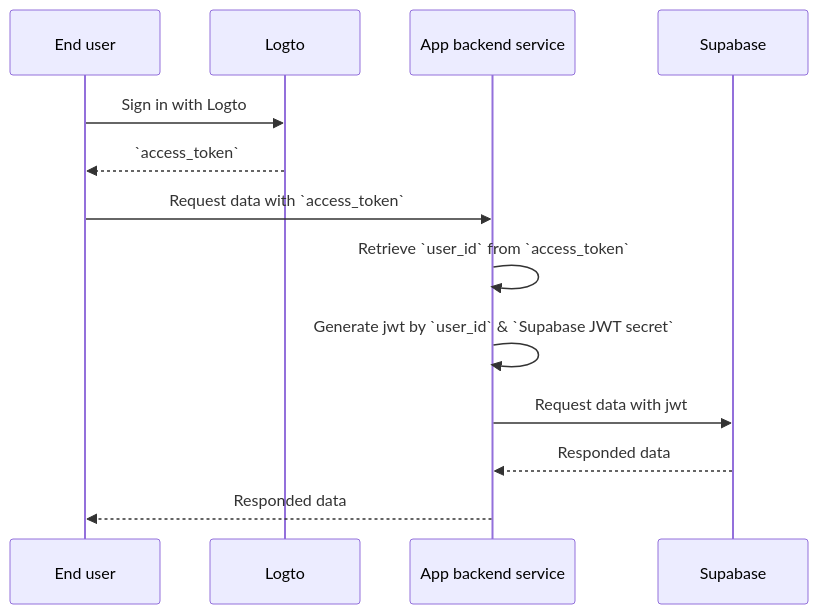
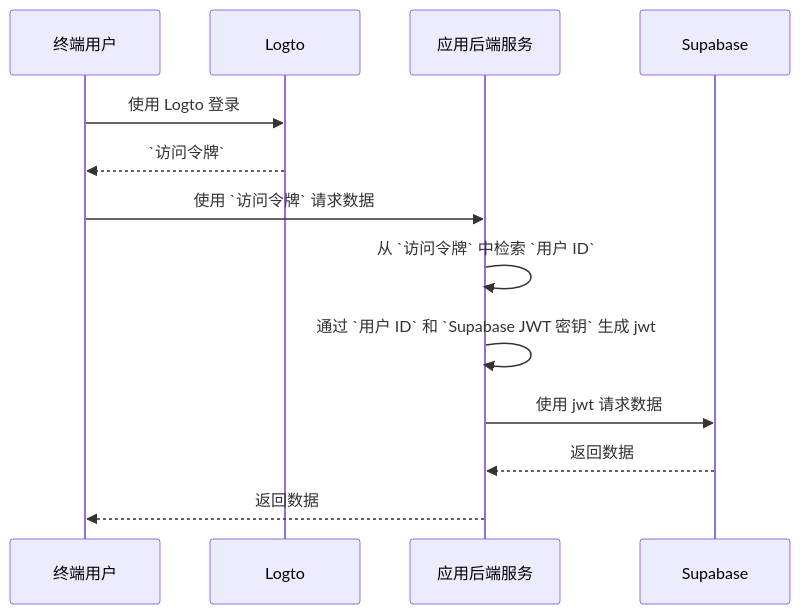
One commit to logto-io/docs changed the diagram in i18n/zh-CN/docusaurus-plugin-content-docs/current/quick-starts/database/supabase/README.mdx. Above: the diagram before and after it, drawn with Mermaid. The commit also changed other lines of this file and 449 other files, not shown here.

````diff
--- a/i18n/zh-CN/docusaurus-plugin-content-docs/current/quick-starts/database/supabase/README.mdx
+++ b/i18n/zh-CN/docusaurus-plugin-content-docs/current/quick-starts/database/supabase/README.mdx
@@ -107,16 +107,16 @@
 ```mermaid
 sequenceDiagram
-	Participant U as End user
+	Participant U as 终端用户
 	Participant Logto
-	Participant B as App backend service
+	Participant B as 应用后端服务
 	Participant Supabase
 
-	U->>Logto: Sign in with Logto
-	Logto-->>U: `access_token`
-	U->>B: Request data with `access_token`
-	B->>B: Retrieve `user_id` from `access_token`
-	B->>B: Generate jwt by `user_id` & `Supabase JWT secret`
-	B->>Supabase: Request data with jwt
-	Supabase-->>B: Responded data
-	B-->>U: Responded data
+	U->>Logto: 使用 Logto 登录
+	Logto-->>U: `访问令牌`
+	U->>B: 使用 `访问令牌` 请求数据
+	B->>B: 从 `访问令牌` 中检索 `用户 ID`
+	B->>B: 通过 `用户 ID` 和 `Supabase JWT 密钥` 生成 jwt
+	B->>Supabase: 使用 jwt 请求数据
+	Supabase-->>B: 返回数据
+	B-->>U: 返回数据
 ```
````
